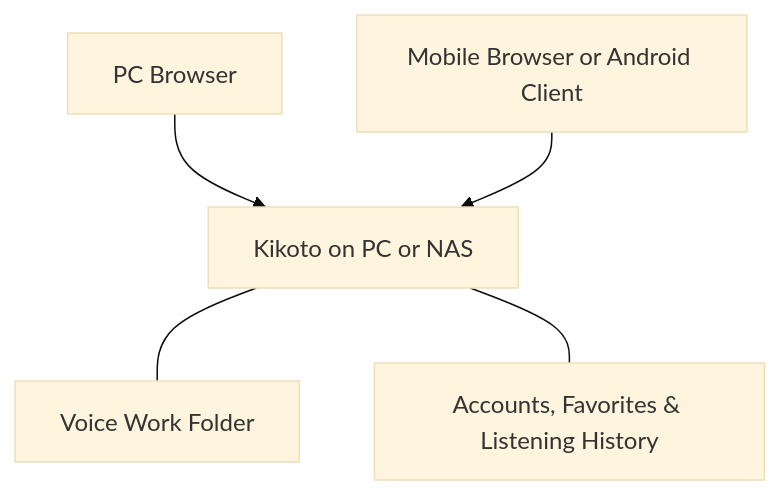
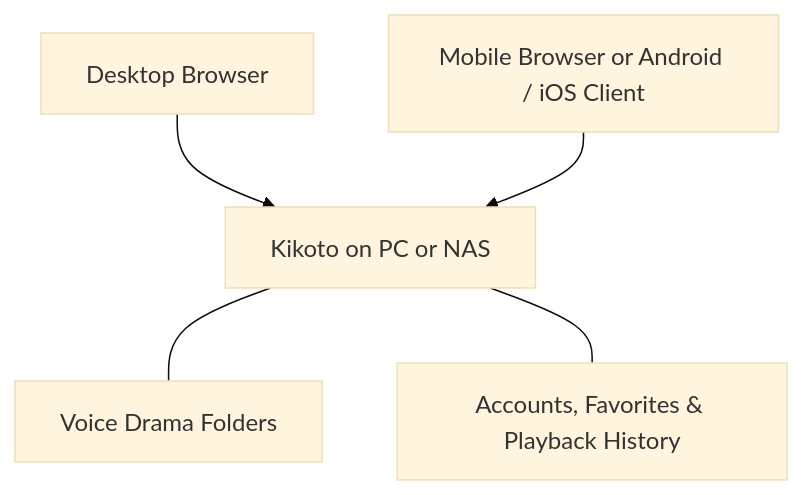
One commit to yexca/blog changed the second of 2 diagrams in content/en-us/posts/2026/2026-10-08 Kikoto.md. Above: the diagram before and after it, drawn with Mermaid (base theme). The commit also changed other lines of this file and 3 other files, not shown here.

````diff
--- a/content/en-us/posts/2026/2026-10-08 Kikoto.md
+++ b/content/en-us/posts/2026/2026-10-08 Kikoto.md
@@ -87,7 +102,7 @@
 ```mermaid
 flowchart TB
-    A["PC Browser"] --> C["Kikoto on PC or NAS"]
-    B["Mobile Browser or Android Client"] --> C
-    C --- D["Voice Work Folder"]
-    C --- E["Accounts, Favorites & Listening History"]
+    A["Desktop Browser"] --> C["Kikoto on PC or NAS"]
+    B["Mobile Browser or Android / iOS Client"] --> C
+    C --- D["Voice Drama Folders"]
+    C --- E["Accounts, Favorites & Playback History"]
 ```
````
